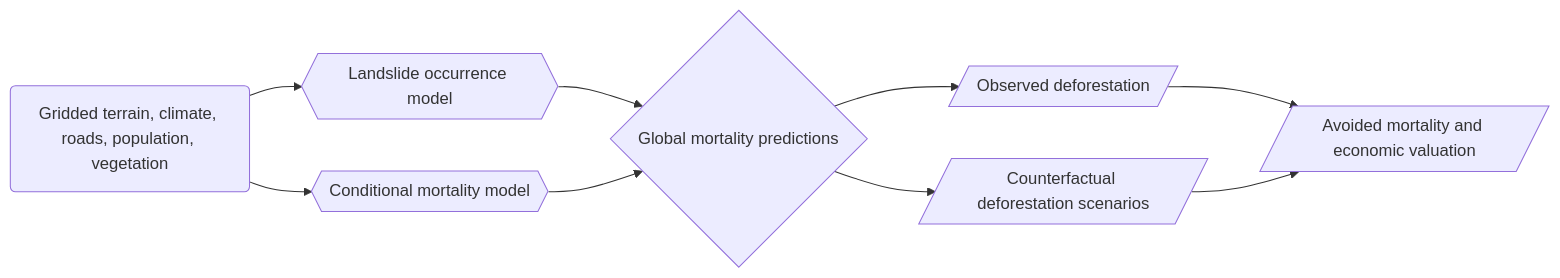
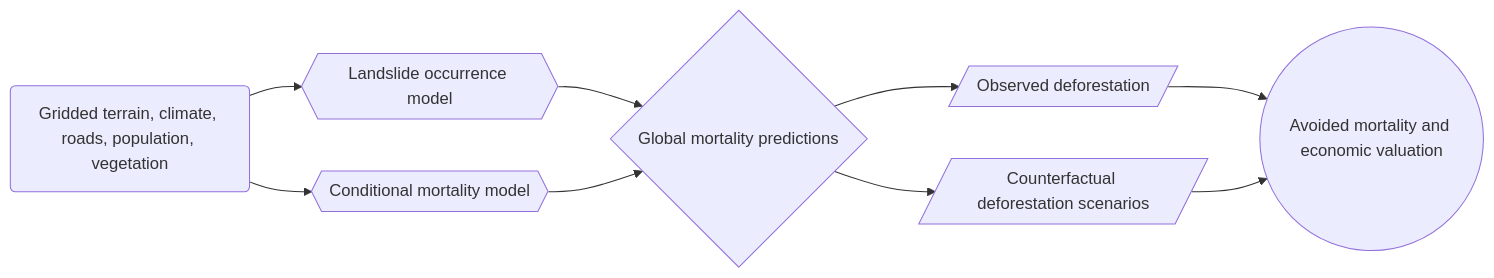
One commit to m-braaksma/landslide_mitigation changed the diagram in README.md. Above: the diagram before and after it, drawn with Mermaid.

Commit message:
Update mermaid shapes

````diff
--- a/README.md
+++ b/README.md
@@ -13,11 +13,11 @@
 ```mermaid
 flowchart LR
     A(Gridded terrain, climate, roads, population, vegetation) --> B{{Landslide occurrence model}}
     A --> C{{Conditional mortality model}}
     B --> D{Global mortality predictions}
     C --> D
     D --> E[/Observed deforestation/]
     D --> F[/Counterfactual deforestation scenarios/]
-    E --> G[/Avoided mortality and economic valuation/]
+    E --> G((Avoided mortality and economic valuation))
     F --> G
 ```
````
